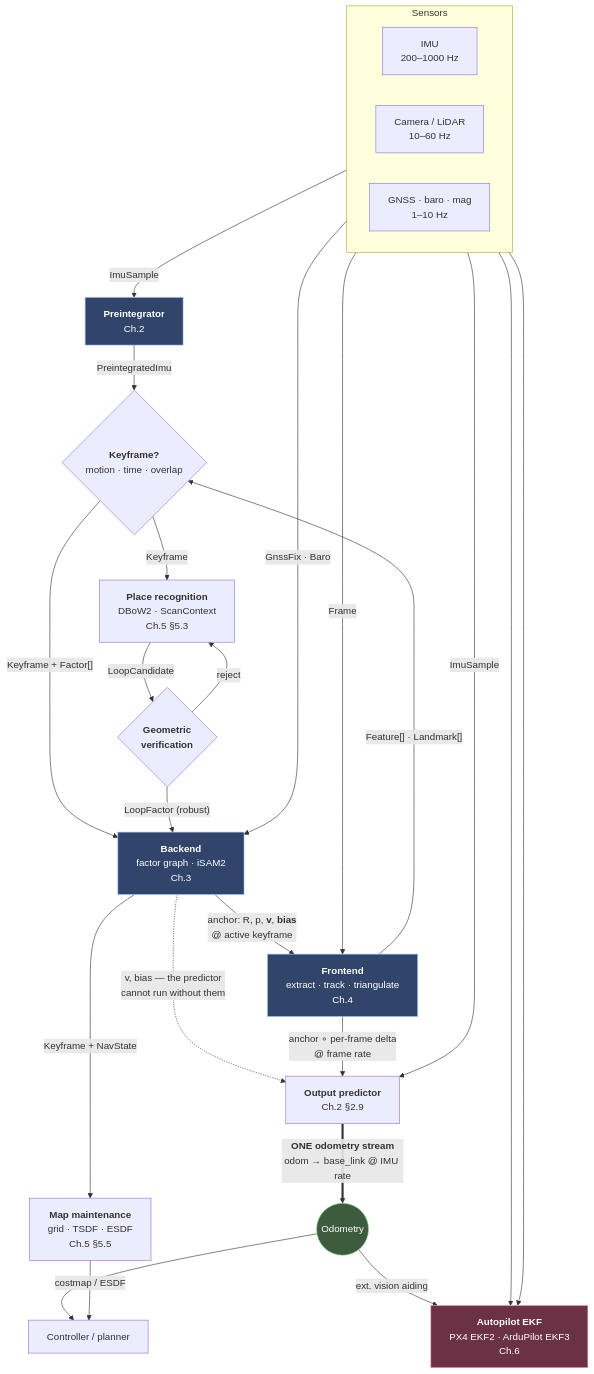
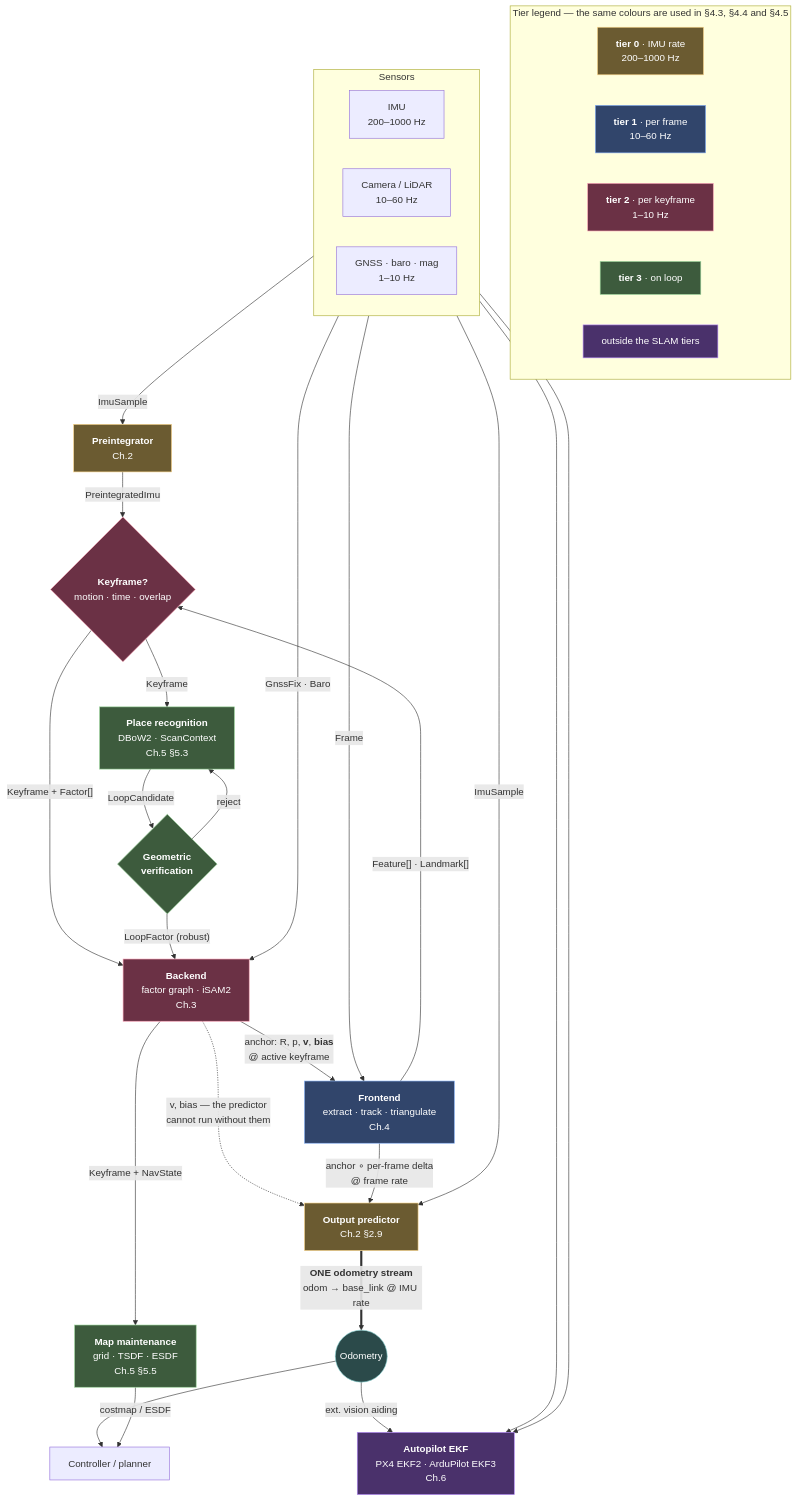
Before and after one commit to TaoWangRUB/estimation-slam-principles: the second of 5 diagrams in docs/chapter-1.md, drawn with Mermaid. The commit also changed other lines of this file and 1 other file, not shown here.

Commit message:
One tier palette across every architecture diagram, legend in §1.2
The colours were previously ad hoc per diagram — §1.2 painted the
backend blue while §1.1 and §4.3 used blue for tier 1, so the same
colour meant different things in adjacent figures. Now there is one
palette, and §1.2 carries the legend:

  amber  tier 0 · IMU rate, 200-1000 Hz  — nothing optimized, state propagated
  blue   tier 1 · per frame,  10-60 Hz   — current pose, landmarks fixed
  red    tier 2 · per keyframe, 1-10 Hz  — window of poses AND landmarks
  green  tier 3 · on loop                — all poses in the graph
  purple outside the SLAM tiers          — the autopilot EKF

Applied to §1.2, §4.4 (cuVSLAM) and §4.5 (VINS-Fusion), matching the
§4.3 ORB-SLAM3 diagram that already used it. So the frontend PnP path
is blue in all three implementations, local BA is red in all three, and
loop closure is green in all three — the figures can now be compared
box for box.

Tier 0 was missing from the §1.1 table despite being described in the
prose; added, with a note that the palette is shared.

````diff
--- a/docs/chapter-1.md
+++ b/docs/chapter-1.md
@@ -152,42 +155,61 @@
 ```mermaid
 flowchart TB
+  classDef t0 fill:#6b5b31,stroke:#f8d48a,color:#fff
+  classDef t1 fill:#31456b,stroke:#8ab4f8,color:#fff
+  classDef t2 fill:#6b3145,stroke:#f8a1b4,color:#fff
+  classDef t3 fill:#3d5b3d,stroke:#9ad49a,color:#fff
+  classDef ext fill:#4a316b,stroke:#b48af8,color:#fff
+
+  subgraph LEG["Tier legend — the same colours are used in §4.3, §4.4 and §4.5"]
+    direction LR
+    L0["<b>tier 0</b> · IMU rate<br/>200–1000 Hz"]:::t0
+    L1["<b>tier 1</b> · per frame<br/>10–60 Hz"]:::t1
+    L2["<b>tier 2</b> · per keyframe<br/>1–10 Hz"]:::t2
+    L3["<b>tier 3</b> · on loop"]:::t3
+    LX["outside the SLAM tiers"]:::ext
+  end
   subgraph S["Sensors"]
     direction LR
     IMU["IMU<br/>200–1000 Hz"]
     CAM["Camera / LiDAR<br/>10–60 Hz"]
     ABS["GNSS · baro · mag<br/>1–10 Hz"]
   end
 
   IMU -->|ImuSample| PRE["<b>Preintegrator</b><br/>Ch.2"]
   IMU -->|ImuSample| OUTP["<b>Output predictor</b><br/>Ch.2 §2.9"]
   CAM -->|Frame| FE["<b>Frontend</b><br/>extract · track · triangulate<br/>Ch.4"]
 
   PRE -->|PreintegratedImu| KF{"<b>Keyframe?</b><br/>motion · time · overlap"}
   FE -->|"Feature[] · Landmark[]"| KF
 
   KF -->|"Keyframe + Factor[]"| BE["<b>Backend</b><br/>factor graph · iSAM2<br/>Ch.3"]
   ABS -->|"GnssFix · Baro"| BE
 
   KF -->|Keyframe| PR["<b>Place recognition</b><br/>DBoW2 · ScanContext<br/>Ch.5 §5.3"]
   PR -->|LoopCandidate| GV{"<b>Geometric<br/>verification</b>"}
   GV -->|reject| PR
   GV -->|"LoopFactor (robust)"| BE
 
   BE -->|"anchor: R, p, <b>v</b>, <b>bias</b><br/>@ active keyframe"| FE
   BE -.->|"v, bias — the predictor<br/>cannot run without them"| OUTP
   BE -->|"Keyframe + NavState"| MAP["<b>Map maintenance</b><br/>grid · TSDF · ESDF<br/>Ch.5 §5.5"]
 
   FE -->|"anchor ∘ per-frame delta<br/>@ frame rate"| OUTP
   OUTP ==>|"<b>ONE odometry stream</b><br/>odom → base_link @ IMU rate"| ODOM(("Odometry"))
   ODOM --> CTRL["Controller / planner"]
   ODOM -->|"ext. vision aiding"| EKF["<b>Autopilot EKF</b><br/>PX4 EKF2 · ArduPilot EKF3<br/>Ch.6"]
   ABS --> EKF
   IMU --> EKF
   MAP -->|"costmap / ESDF"| CTRL
 
-  style PRE fill:#31456b,stroke:#8ab4f8,color:#fff
-  style BE fill:#31456b,stroke:#8ab4f8,color:#fff
+  style PRE fill:#6b5b31,stroke:#f8d48a,color:#fff
+  style OUTP fill:#6b5b31,stroke:#f8d48a,color:#fff
   style FE fill:#31456b,stroke:#8ab4f8,color:#fff
-  style ODOM fill:#3d5b3d,stroke:#9ad49a,color:#fff
-  style EKF fill:#6b3145,stroke:#f8a1b4,color:#fff
+  style KF fill:#6b3145,stroke:#f8a1b4,color:#fff
+  style BE fill:#6b3145,stroke:#f8a1b4,color:#fff
+  style PR fill:#3d5b3d,stroke:#9ad49a,color:#fff
+  style GV fill:#3d5b3d,stroke:#9ad49a,color:#fff
+  style MAP fill:#3d5b3d,stroke:#9ad49a,color:#fff
+  style EKF fill:#4a316b,stroke:#b48af8,color:#fff
+  style ODOM fill:#2b4a4a,stroke:#8ad4d4,color:#fff
 ```
````
